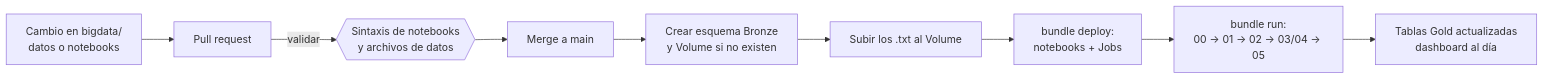
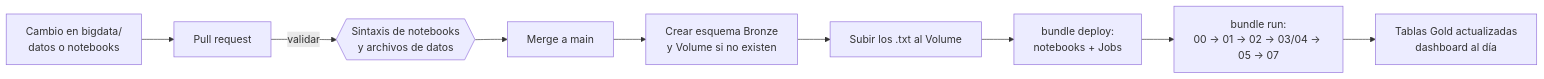
The second of 2 diagrams in bigdata/README.md (AlexAmancio/proyecto-bi-bigdata), drawn with Mermaid before and after one commit. The commit also changed other lines of this file and 3 other files, not shown here.

````diff
--- a/bigdata/README.md
+++ b/bigdata/README.md
@@ -105,11 +108,11 @@
 ```mermaid
 flowchart LR
     A[Cambio en bigdata/<br/>datos o notebooks] --> B[Pull request]
     B -->|validar| C{{Sintaxis de notebooks<br/>y archivos de datos}}
     C --> D[Merge a main]
     D --> E[Crear esquema Bronze<br/>y Volume si no existen]
     E --> F[Subir los .txt al Volume]
     F --> G[bundle deploy:<br/>notebooks + Jobs]
-    G --> H[bundle run:<br/>00 → 01 → 02 → 03/04 → 05]
+    G --> H[bundle run:<br/>00 → 01 → 02 → 03/04 → 05 → 07]
     H --> I[Tablas Gold actualizadas<br/>dashboard al día]
 ```
````
